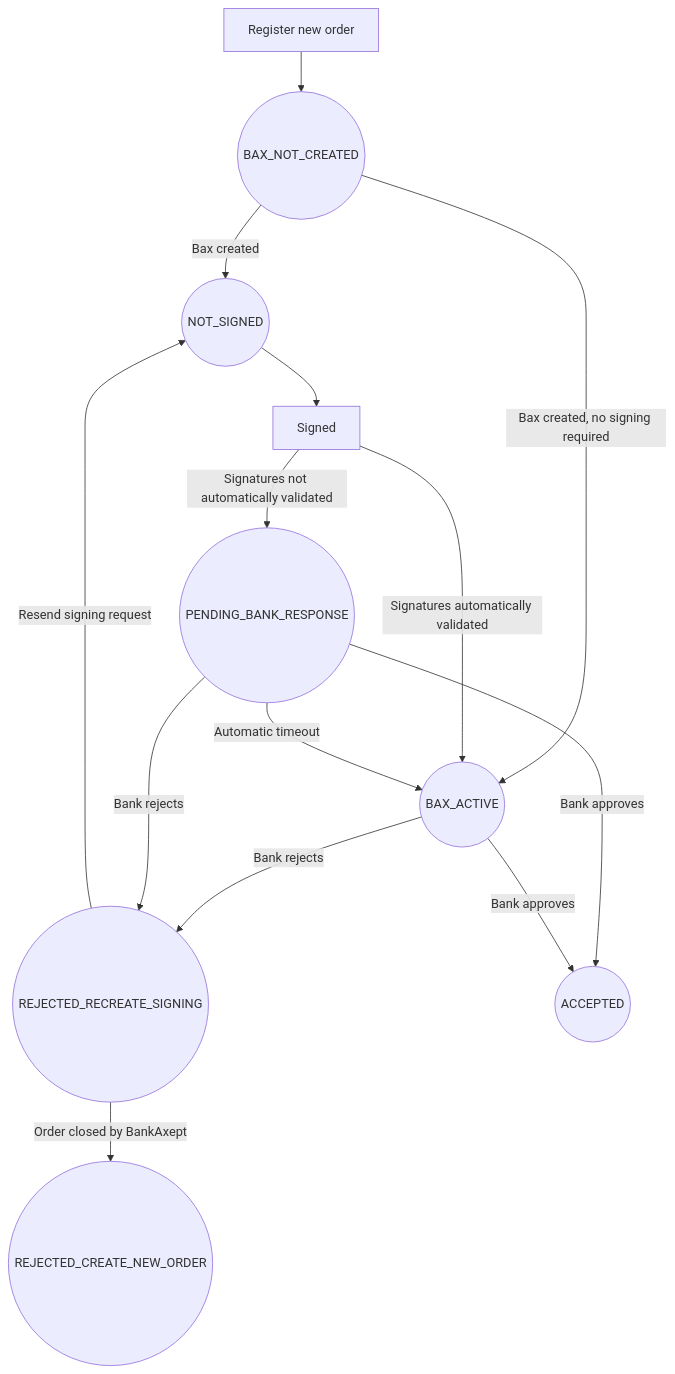
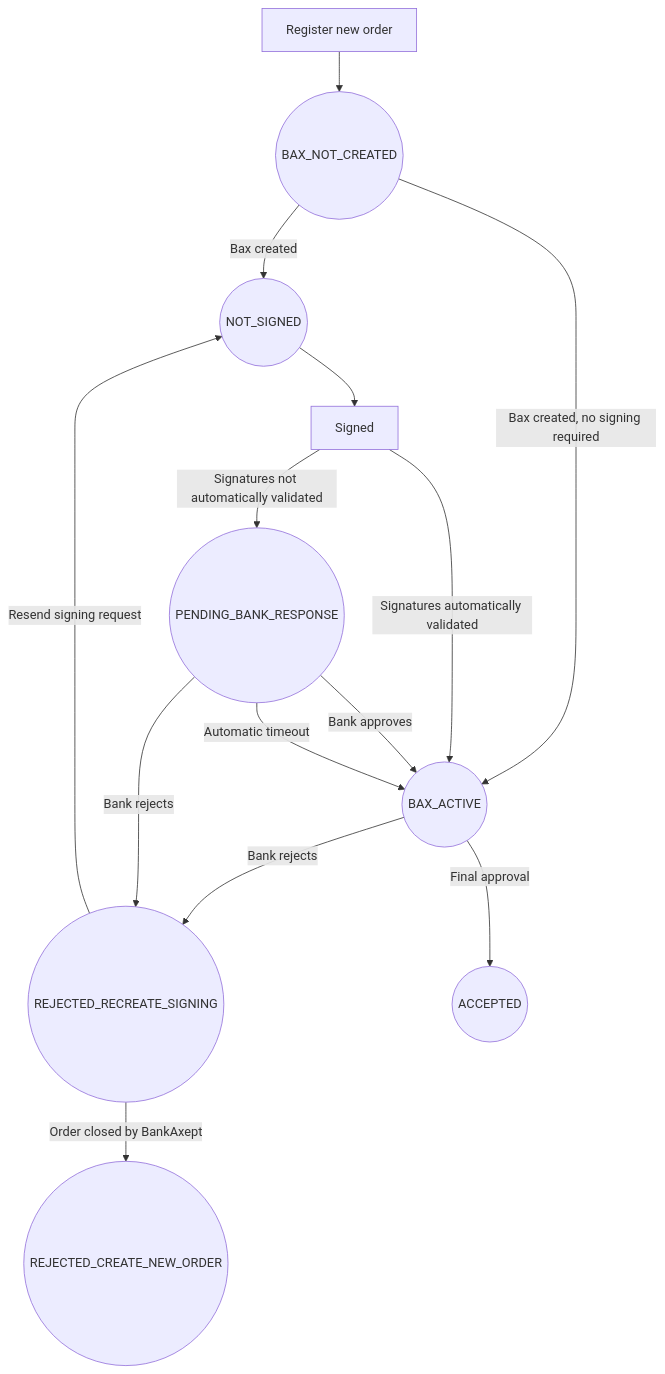
One commit to BankAxept/bankaxept-onboarding-external-documentation changed the diagram in docs/getting_started.md. Above: the diagram before and after it, drawn with Mermaid. The commit also changed other lines of this file and 3 other files, not shown here.

````diff
--- a/docs/getting_started.md
+++ b/docs/getting_started.md
@@ -52,16 +52,16 @@
 ```mermaid
 graph TD
     A[Register new order] --> B((BAX_NOT_CREATED))
     B -->|Bax created| C((NOT_SIGNED))
     B -->|Bax created, no signing required| E((BAX_ACTIVE))
     C --> H[Signed]
     H -->|Signatures not automatically validated| D((PENDING_BANK_RESPONSE))
     H -->|Signatures automatically validated| E((BAX_ACTIVE))
     E -->|Bank rejects| F((REJECTED_RECREATE_SIGNING))
     D -->|Bank rejects| F((REJECTED_RECREATE_SIGNING))
-    D -->|Bank approves| G((ACCEPTED))
+    D -->|Bank approves| E((BAX_ACTIVE))
     D -->|Automatic timeout| E((BAX_ACTIVE))
-    E -->|Bank approves| G((ACCEPTED))
+    E -->|Final approval| G((ACCEPTED))
     F -->|Resend signing request| C((NOT_SIGNED))
     F -->|Order closed by BankAxept| I((REJECTED_CREATE_NEW_ORDER))
 ```
````
